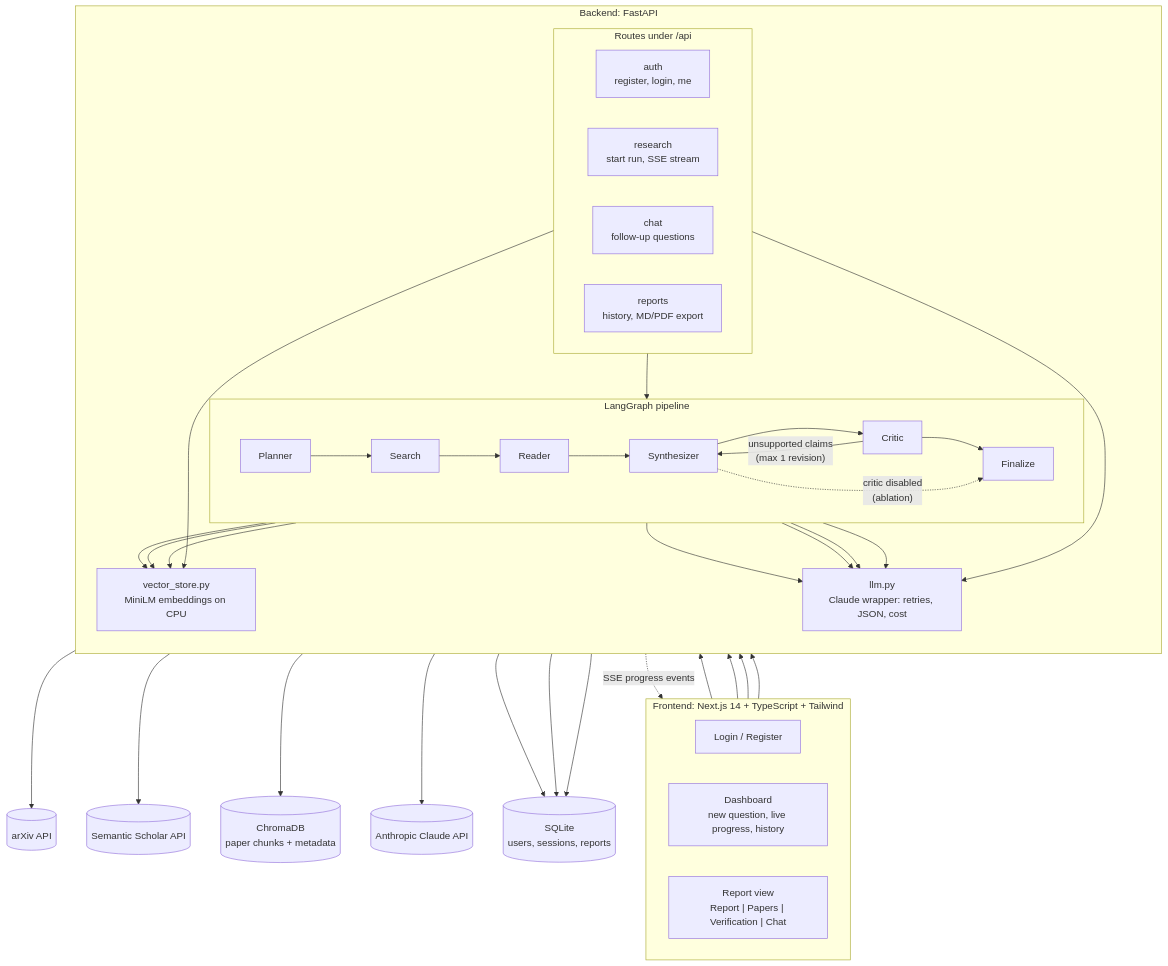
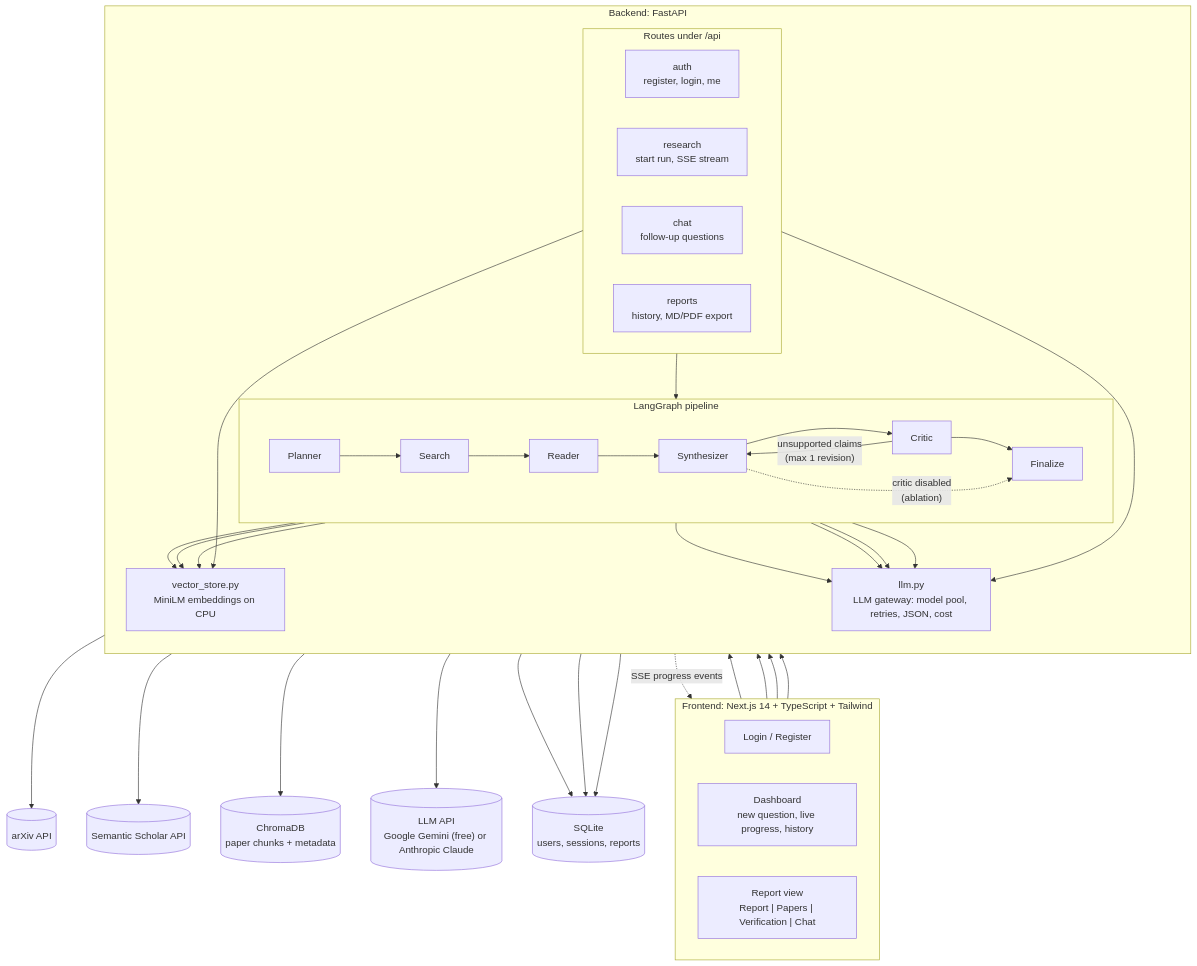
Before and after one commit to ascendantAnshuman/researchpilot: the first of 3 diagrams in docs/architecture.md, drawn with Mermaid. The commit also changed other lines of this file and 10 other files, not shown here.

First line of the commit message:
Harden the free-tier model pool and make eval wording provider-neutral

````diff
--- a/docs/architecture.md
+++ b/docs/architecture.md
@@ -9,60 +9,60 @@
 ```mermaid
 flowchart TB
     subgraph FE["Frontend: Next.js 14 + TypeScript + Tailwind"]
         direction LR
         FE_AUTH["Login / Register"]
         FE_DASH["Dashboard<br/>new question, live progress, history"]
         FE_REPORT["Report view<br/>Report | Papers | Verification | Chat"]
     end
 
     subgraph BE["Backend: FastAPI"]
         direction TB
         subgraph ROUTES["Routes under /api"]
             direction LR
             R_AUTH["auth<br/>register, login, me"]
             R_RESEARCH["research<br/>start run, SSE stream"]
             R_CHAT["chat<br/>follow-up questions"]
             R_REPORTS["reports<br/>history, MD/PDF export"]
         end
 
         subgraph PIPE["LangGraph pipeline"]
             direction LR
             PLANNER["Planner"] --> SEARCH["Search"] --> READER["Reader"] --> SYNTH["Synthesizer"] --> CRITIC["Critic"]
             CRITIC -->|"unsupported claims<br/>(max 1 revision)"| SYNTH
             CRITIC --> FINAL["Finalize"]
             SYNTH -.->|"critic disabled<br/>(ablation)"| FINAL
         end
 
-        LLM["llm.py<br/>Claude wrapper: retries, JSON, cost"]
+        LLM["llm.py<br/>LLM gateway: model pool, retries, JSON, cost"]
         VS["vector_store.py<br/>MiniLM embeddings on CPU"]
     end
 
     ARXIV[("arXiv API")]
     S2[("Semantic Scholar API")]
-    CLAUDE[("Anthropic Claude API")]
+    CLAUDE[("LLM API<br/>Google Gemini (free) or Anthropic Claude")]
     SQL[("SQLite<br/>users, sessions, reports")]
     CHROMA[("ChromaDB<br/>paper chunks + metadata")]
 
     FE_AUTH --> R_AUTH
     FE_DASH --> R_RESEARCH
     FE_REPORT --> R_CHAT
     FE_REPORT --> R_REPORTS
     R_RESEARCH -.->|"SSE progress events"| FE_DASH
     R_RESEARCH --> PLANNER
     SEARCH --> ARXIV
     SEARCH --> S2
     READER --> VS
     SYNTH --> VS
     CRITIC --> VS
     R_CHAT --> VS
     VS --> CHROMA
     PLANNER --> LLM
     READER --> LLM
     SYNTH --> LLM
     CRITIC --> LLM
     R_CHAT --> LLM
     LLM --> CLAUDE
     R_AUTH --> SQL
     R_REPORTS --> SQL
     FINAL --> SQL
 ```
````
